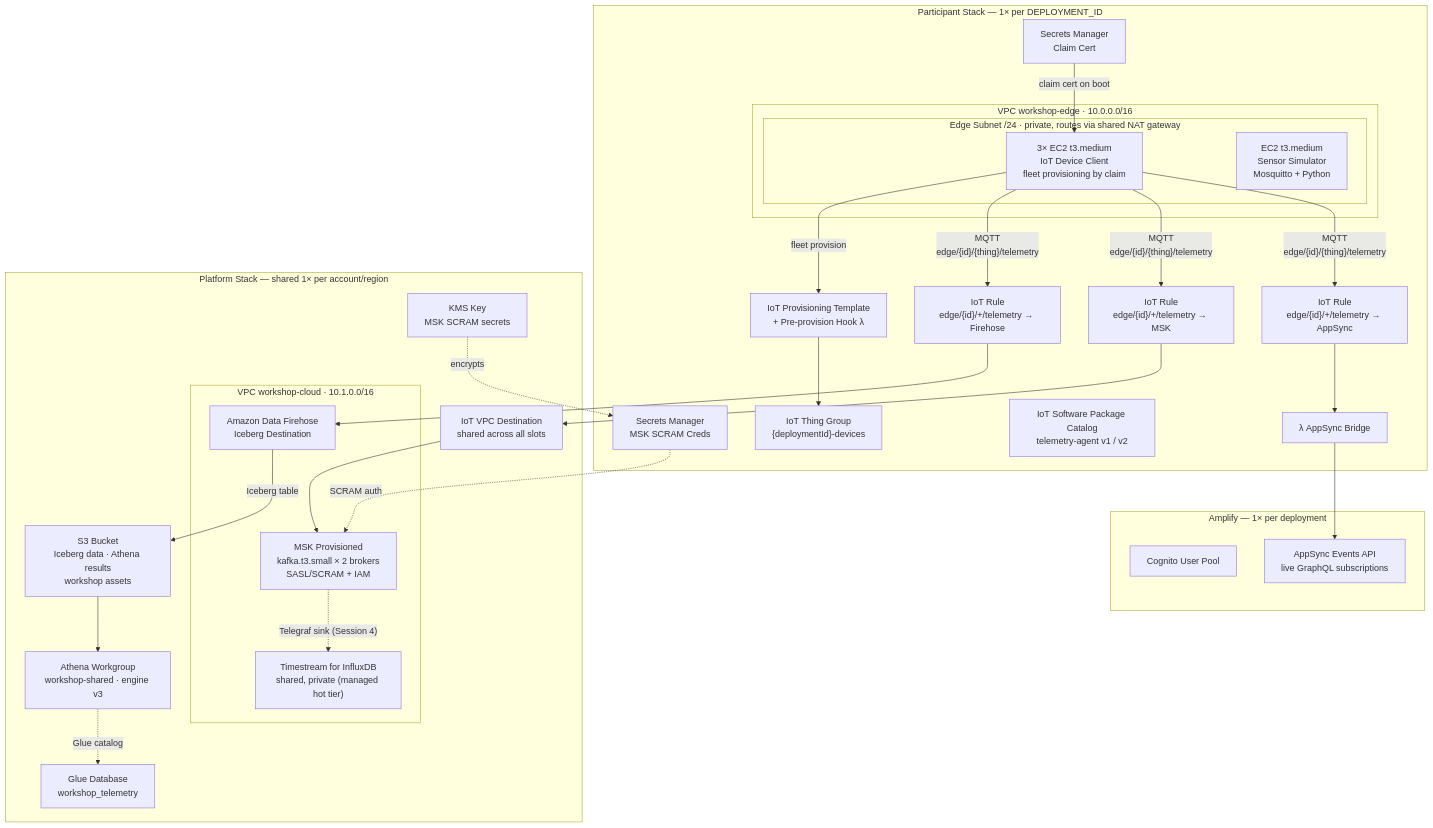
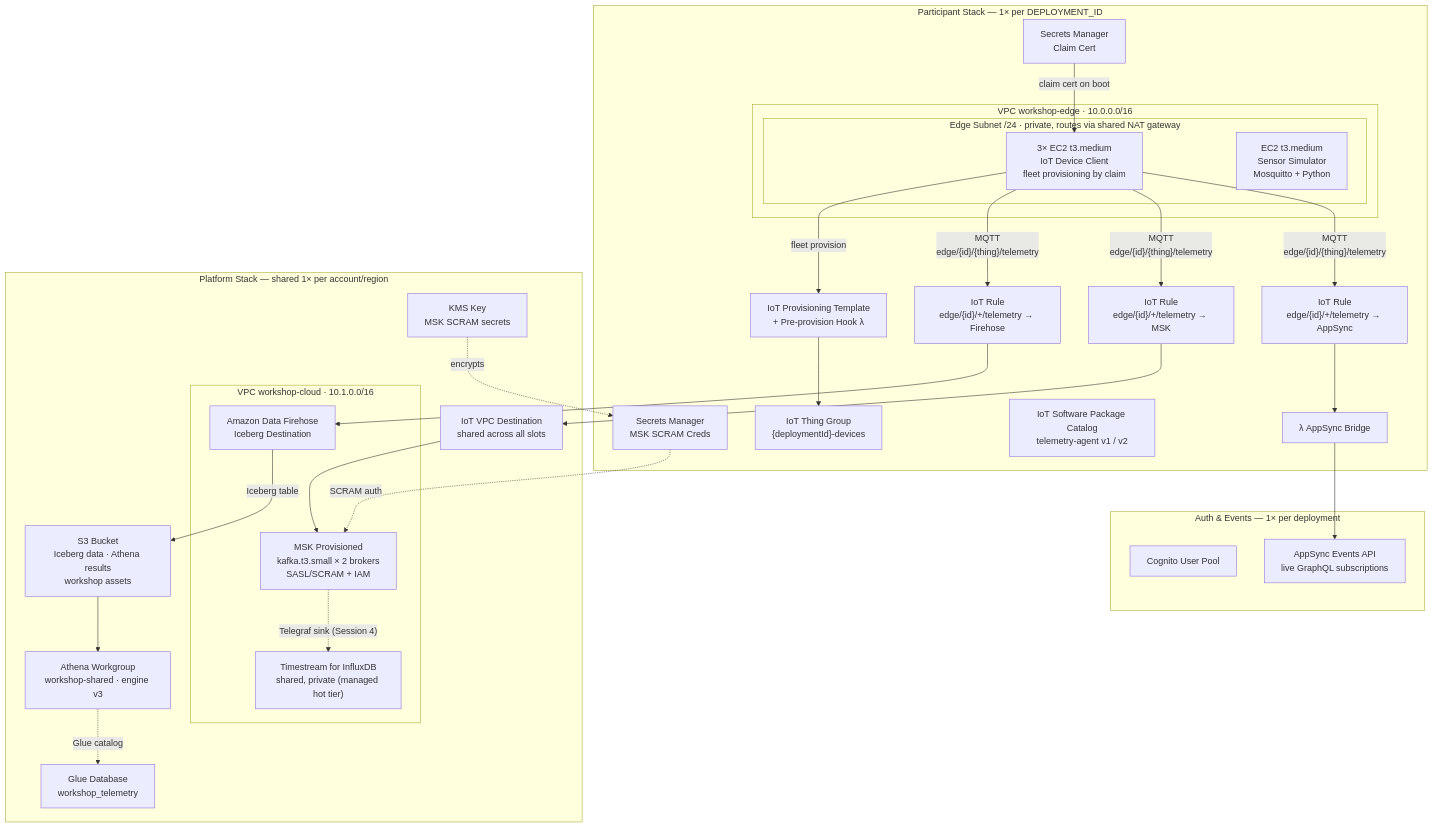
The diagram in workshop/00-prerequisites/index.md (aws-samples/sample-edge-to-cloud-digital-ops-workshop), drawn with Mermaid before and after one commit. The commit also changed other lines of this file and 10 other files, not shown here.

````diff
--- a/workshop/00-prerequisites/index.md
+++ b/workshop/00-prerequisites/index.md
@@ -18,54 +18,54 @@
 ```mermaid
 flowchart TB
     subgraph participant["Participant Stack — 1× per DEPLOYMENT_ID"]
         subgraph edge_vpc["VPC workshop-edge · 10.0.0.0/16"]
             subgraph edge_subnet["Edge Subnet /24 · private, routes via shared NAT gateway"]
                 devices["3× EC2 t3.medium\nIoT Device Client\nfleet provisioning by claim"]
                 sim["EC2 t3.medium\nSensor Simulator\nMosquitto + Python"]
             end
         end
         claim_secret["Secrets Manager\nClaim Cert"]
         msk_secret["Secrets Manager\nMSK SCRAM Creds"]
         iot_template["IoT Provisioning Template\n+ Pre-provision Hook λ"]
         iot_group["IoT Thing Group\n{deploymentId}-devices"]
         iot_pkg["IoT Software Package Catalog\ntelemetry-agent v1 / v2"]
         rule_appsync["IoT Rule\nedge/{id}/+/telemetry → AppSync"]
         rule_msk["IoT Rule\nedge/{id}/+/telemetry → MSK"]
         rule_firehose["IoT Rule\nedge/{id}/+/telemetry → Firehose"]
         bridge_fn["λ AppSync Bridge"]
     end
 
-    subgraph amplify["Amplify — 1× per deployment"]
+    subgraph identity["Auth & Events — 1× per deployment"]
         cognito["Cognito User Pool"]
         appsync["AppSync Events API\nlive GraphQL subscriptions"]
     end
 
     subgraph platform["Platform Stack — shared 1× per account/region"]
         subgraph cloud_vpc["VPC workshop-cloud · 10.1.0.0/16"]
             msk["MSK Provisioned\nkafka.t3.small × 2 brokers\nSASL/SCRAM + IAM"]
             firehose["Amazon Data Firehose\nIceberg Destination"]
             influxdb["Timestream for InfluxDB\nshared, private (managed hot tier)"]
         end
         iot_vpc_dest["IoT VPC Destination\nshared across all slots"]
         s3["S3 Bucket\nIceberg data · Athena results\nworkshop assets"]
         glue["Glue Database\nworkshop_telemetry"]
         athena["Athena Workgroup\nworkshop-shared · engine v3"]
         kms["KMS Key\nMSK SCRAM secrets"]
     end
 
     claim_secret -->|"claim cert on boot"| devices
     devices -->|"MQTT\nedge/{id}/{thing}/telemetry"| rule_appsync
     devices -->|"MQTT\nedge/{id}/{thing}/telemetry"| rule_msk
     devices -->|"MQTT\nedge/{id}/{thing}/telemetry"| rule_firehose
     devices -->|"fleet provision"| iot_template
     iot_template --> iot_group
     rule_appsync --> bridge_fn --> appsync
     rule_msk --> iot_vpc_dest --> msk
     rule_firehose --> firehose
     firehose -->|"Iceberg table"| s3
     s3 --> athena
     athena -.->|"Glue catalog"| glue
     kms -.->|"encrypts"| msk_secret
     msk_secret -.->|"SCRAM auth"| msk
     msk -.->|"Telegraf sink (Session 4)"| influxdb
 ```
````
